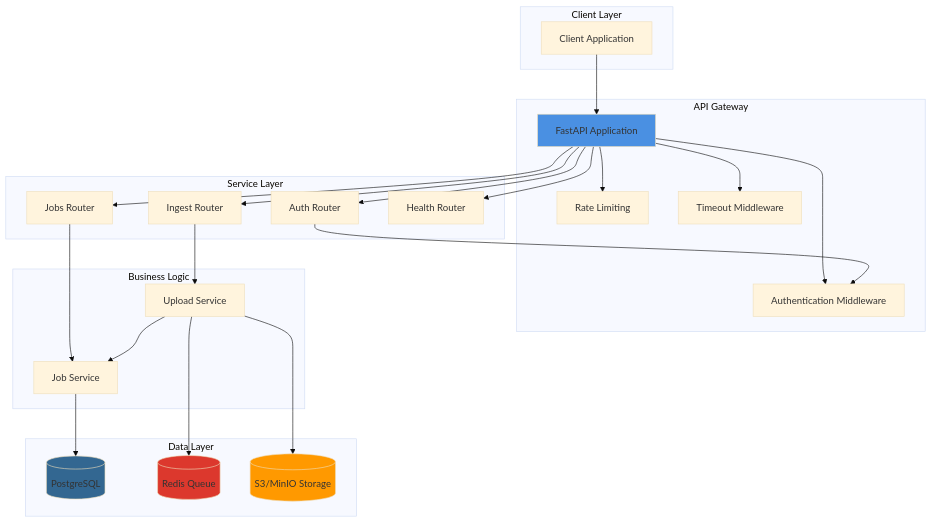
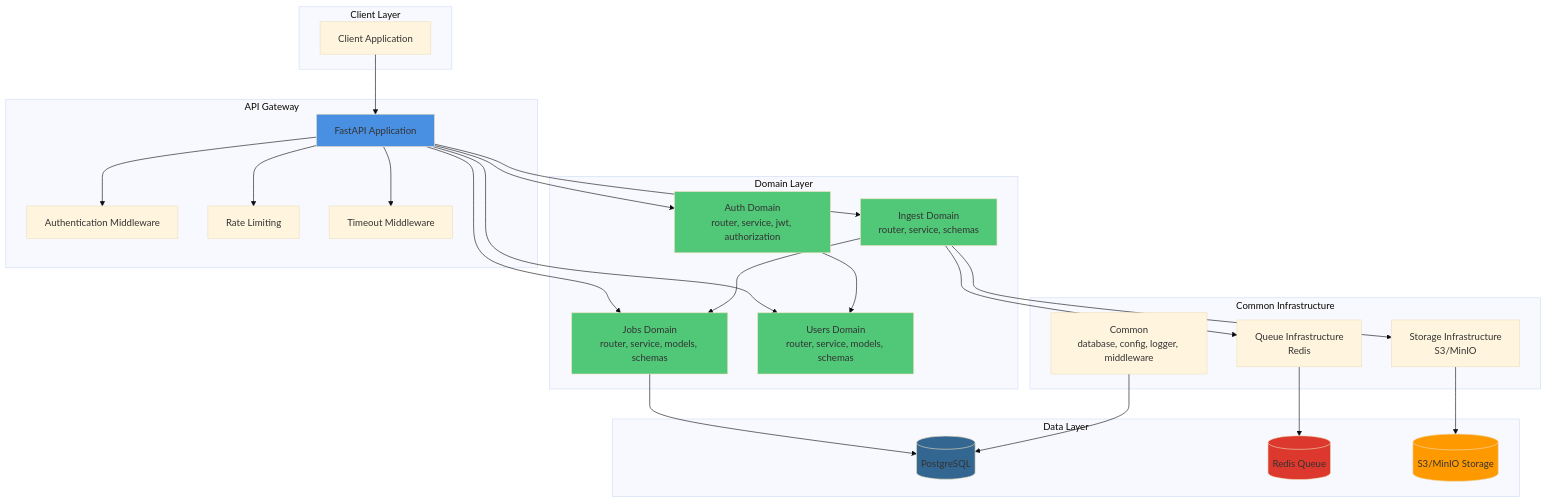
One commit to kietitmo/kietitmo-log-analytic-platform changed the first of 15 diagrams in ingest-service/README.md. Above: the diagram before and after it, drawn with Mermaid (base theme). The commit also changed other lines of this file and 83 other files, not shown here.

Commit message:
refactor ingest-service

````diff
--- a/ingest-service/README.md
+++ b/ingest-service/README.md
@@ -31,54 +85,60 @@
 ```mermaid
 graph TB
     subgraph "Client Layer"
         Client[Client Application]
     end
     
     subgraph "API Gateway"
         API[FastAPI Application]
         Auth[Authentication Middleware]
         RateLimit[Rate Limiting]
         Timeout[Timeout Middleware]
     end
     
-    subgraph "Service Layer"
-        IngestRouter[Ingest Router]
-        JobsRouter[Jobs Router]
-        AuthRouter[Auth Router]
-        HealthRouter[Health Router]
+    subgraph "Domain Layer"
+        IngestDomain[Ingest Domain<br/>router, service, schemas]
+        JobsDomain[Jobs Domain<br/>router, service, models, schemas]
+        AuthDomain[Auth Domain<br/>router, service, jwt, authorization]
+        UsersDomain[Users Domain<br/>router, service, models, schemas]
     end
     
-    subgraph "Business Logic"
-        UploadService[Upload Service]
-        JobService[Job Service]
+    subgraph "Common Infrastructure"
+        Common[Common<br/>database, config, logger, middleware]
+        Storage[Storage Infrastructure<br/>S3/MinIO]
+        Queue[Queue Infrastructure<br/>Redis]
     end
     
     subgraph "Data Layer"
         DB[(PostgreSQL)]
         Redis[(Redis Queue)]
         S3[(S3/MinIO Storage)]
     end
     
     Client --> API
     API --> Auth
     API --> RateLimit
     API --> Timeout
-    API --> IngestRouter
-    API --> JobsRouter
-    API --> AuthRouter
-    API --> HealthRouter
+    API --> IngestDomain
+    API --> JobsDomain
+    API --> AuthDomain
+    API --> UsersDomain
     
-    IngestRouter --> UploadService
-    JobsRouter --> JobService
-    AuthRouter --> Auth
+    IngestDomain --> JobsDomain
+    IngestDomain --> Storage
+    IngestDomain --> Queue
+    JobsDomain --> DB
+    AuthDomain --> UsersDomain
     
-    UploadService --> JobService
-    UploadService --> S3
-    UploadService --> Redis
-    JobService --> DB
+    Storage --> S3
+    Queue --> Redis
+    Common --> DB
     
     style API fill:#4A90E2
+    style IngestDomain fill:#50C878
+    style JobsDomain fill:#50C878
+    style AuthDomain fill:#50C878
+    style UsersDomain fill:#50C878
     style DB fill:#336791
     style Redis fill:#DC382D
     style S3 fill:#FF9900
 ```
````
